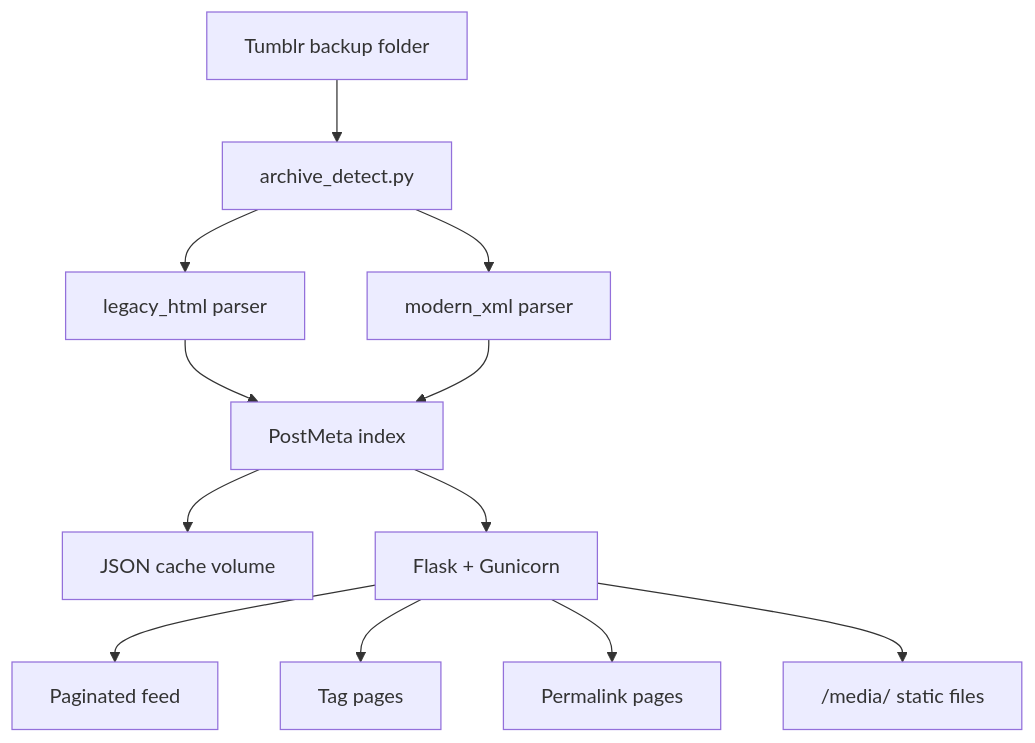
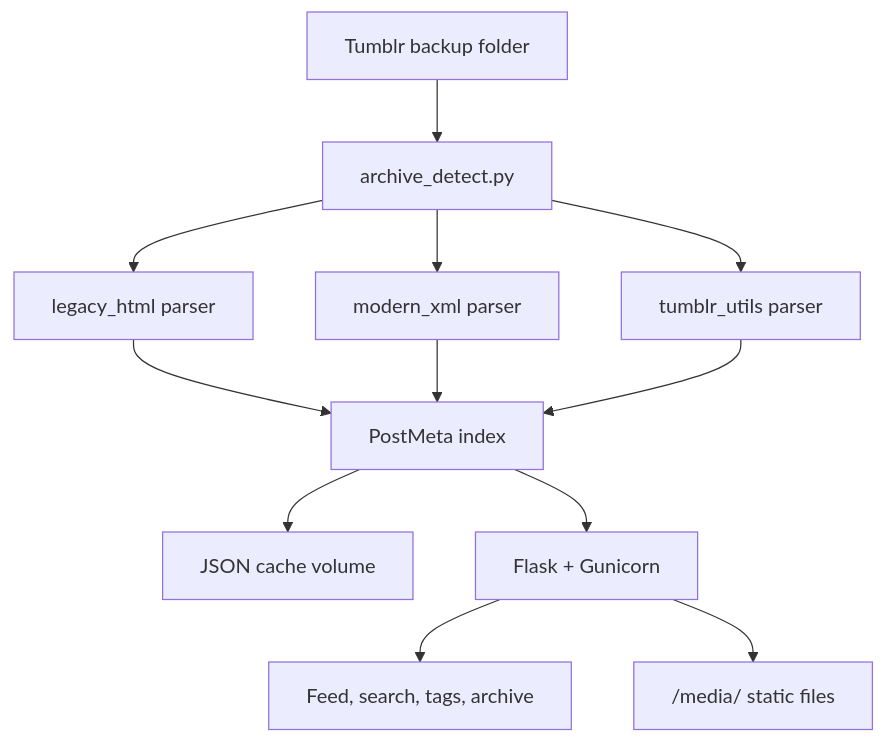
The diagram in README.md (trevoedwards/tumbl), drawn with Mermaid before and after one commit. The commit also changed other lines of this file and 1 other file, not shown here.

````diff
--- a/README.md
+++ b/README.md
@@ -154,14 +65,14 @@
 ```mermaid
 flowchart TD
     Archive["Tumblr backup folder"] --> Detect["archive_detect.py"]
     Detect --> Legacy["legacy_html parser"]
     Detect --> Modern["modern_xml parser"]
+    Detect --> Utils["tumblr_utils parser"]
     Legacy --> Index["PostMeta index"]
     Modern --> Index
+    Utils --> Index
     Index --> Cache["JSON cache volume"]
     Index --> Flask["Flask + Gunicorn"]
-    Flask --> Feed["Paginated feed"]
-    Flask --> Tags["Tag pages"]
-    Flask --> Post["Permalink pages"]
+    Flask --> Feed["Feed, search, tags, archive"]
     Flask --> Media["/media/ static files"]
 ```
````
